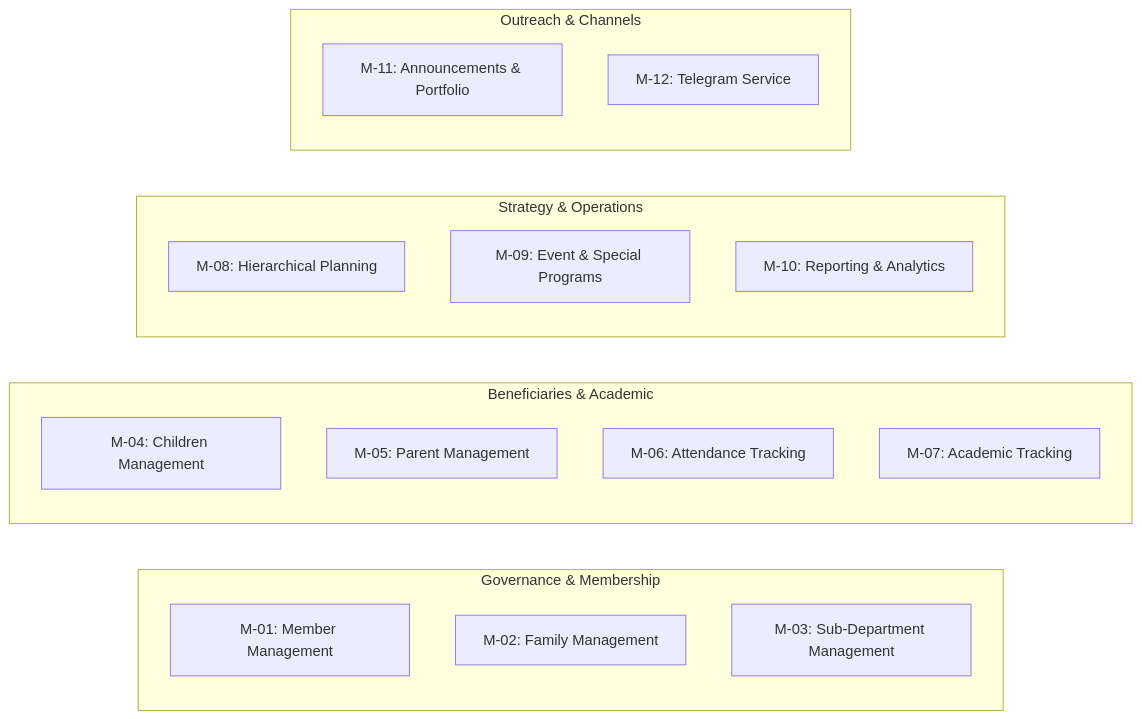
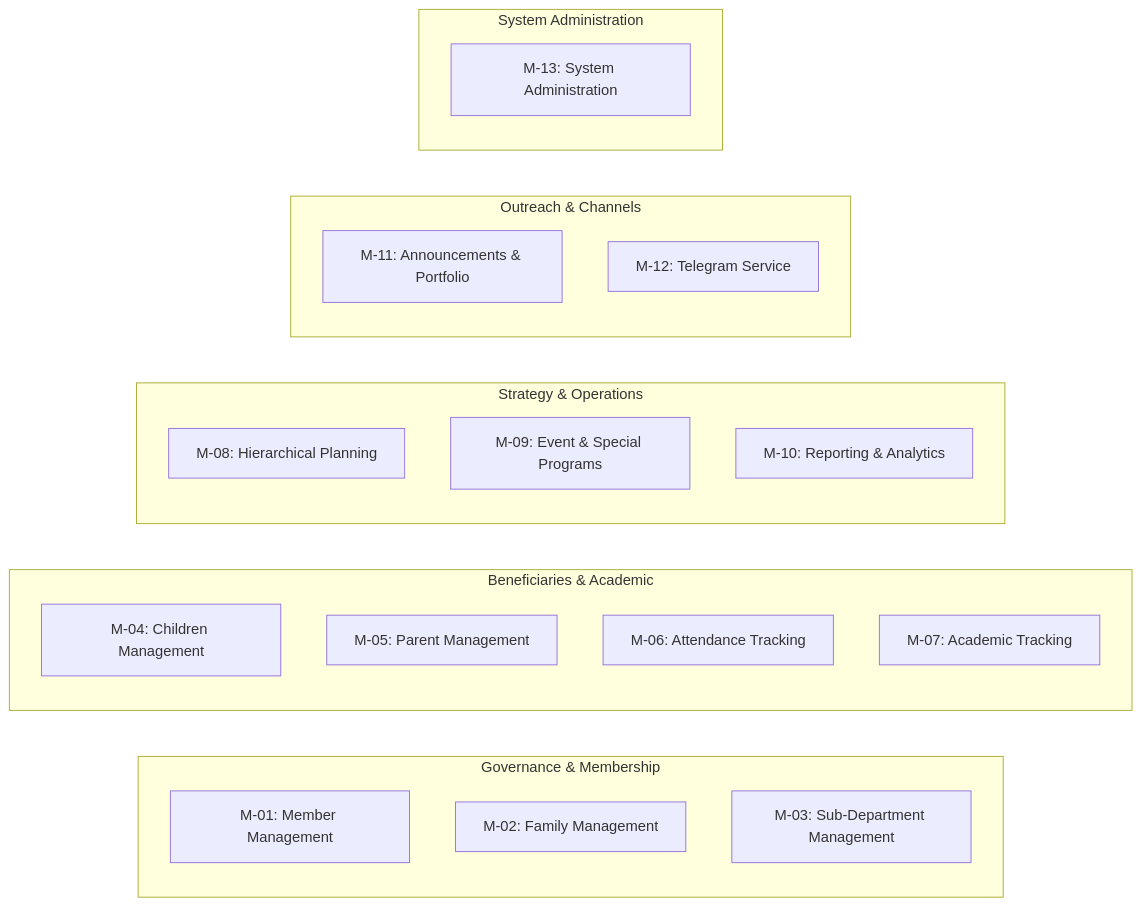
Before and after one commit to Hitsanat-Kfl/hitsanat: the diagram in docs/requirements/functional-requirements.md, drawn with Mermaid. The commit also changed other lines of this file and 7 other files, not shown here.

````diff
--- a/docs/requirements/functional-requirements.md
+++ b/docs/requirements/functional-requirements.md
@@ -13,26 +13,30 @@
 ```mermaid
 graph LR
     subgraph Governance & Membership
         M01[M-01: Member Management]
         M02[M-02: Family Management]
         M03[M-03: Sub-Department Management]
     end
     
     subgraph Beneficiaries & Academic
         M04[M-04: Children Management]
         M05[M-05: Parent Management]
         M06[M-06: Attendance Tracking]
         M07[M-07: Academic Tracking]
     end
     
     subgraph Strategy & Operations
         M08[M-08: Hierarchical Planning]
         M09[M-09: Event & Special Programs]
         M10[M-10: Reporting & Analytics]
     end
     
     subgraph Outreach & Channels
         M11[M-11: Announcements & Portfolio]
         M12[M-12: Telegram Service]
     end
+    
+    subgraph System Administration
+        M13[M-13: System Administration]
+    end
 ```
````
